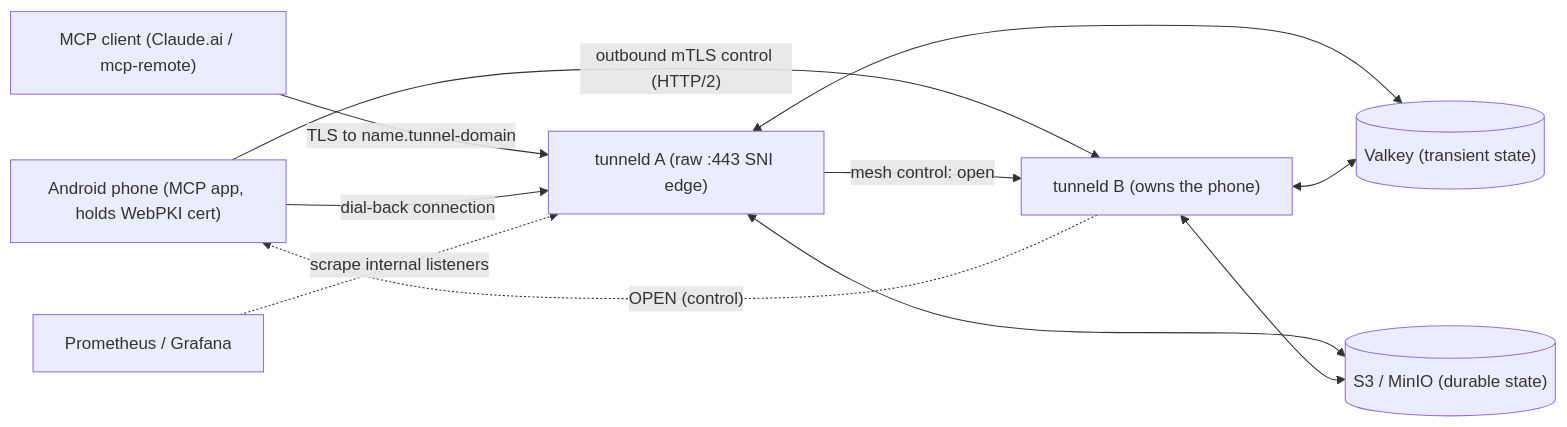
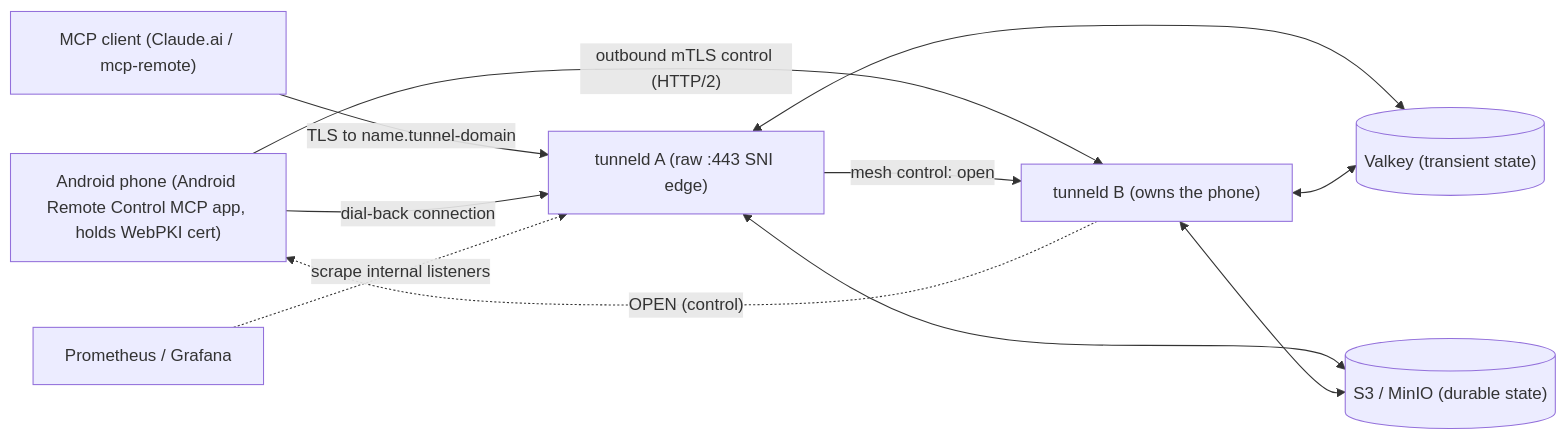
One commit to danielealbano/android-remote-control-mcp-tunneld changed the diagram in docs/PROJECT.md. Above: the diagram before and after it, drawn with Mermaid. The commit also changed other lines of this file and 2 other files, not shown here.

Commit message:
docs(docs): refresh the README and name the Android Remote Control MCP app
Name the project and the app it serves, describe what each env file really
holds, explain how to point the compose stack at a real S3 provider, use a
published version in the image example, show every node talking to Valkey
and S3, link the app repository and add a development section.

````diff
--- a/docs/PROJECT.md
+++ b/docs/PROJECT.md
@@ -28,21 +28,21 @@
 ```mermaid
 flowchart LR
-  phone["Android phone (MCP app, holds WebPKI cert)"]
+  phone["Android phone (Android Remote Control MCP app, holds WebPKI cert)"]
   client["MCP client (Claude.ai / mcp-remote)"]
   ta["tunneld A (raw :443 SNI edge)"]
   tb["tunneld B (owns the phone)"]
   valkey[("Valkey (transient state)")]
   s3[("S3 / MinIO (durable state)")]
   prom["Prometheus / Grafana"]
 
   phone -- "outbound mTLS control (HTTP/2)" --> tb
   client -- "TLS to name.tunnel-domain" --> ta
   ta -- "mesh control: open" --> tb
   tb -. "OPEN (control)" .-> phone
   phone -- "dial-back connection" --> ta
   ta <--> valkey
   tb <--> valkey
   ta <--> s3
   tb <--> s3
   prom -. "scrape internal listeners" .-> ta
 ```
````
